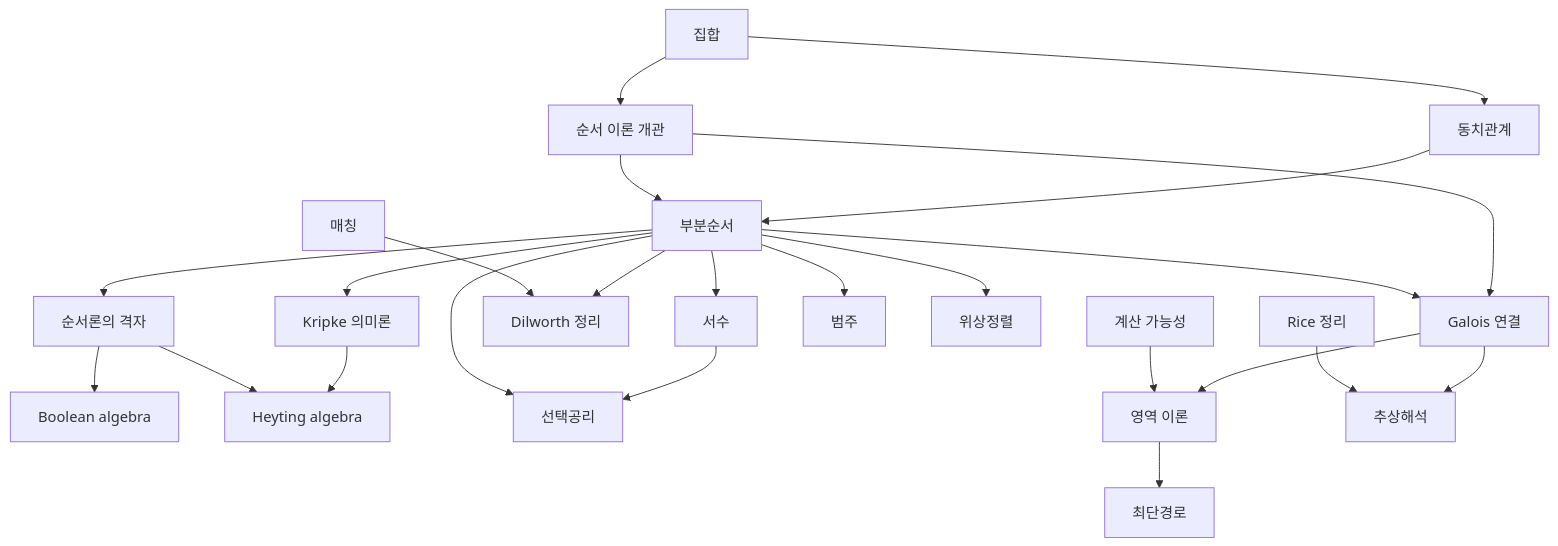
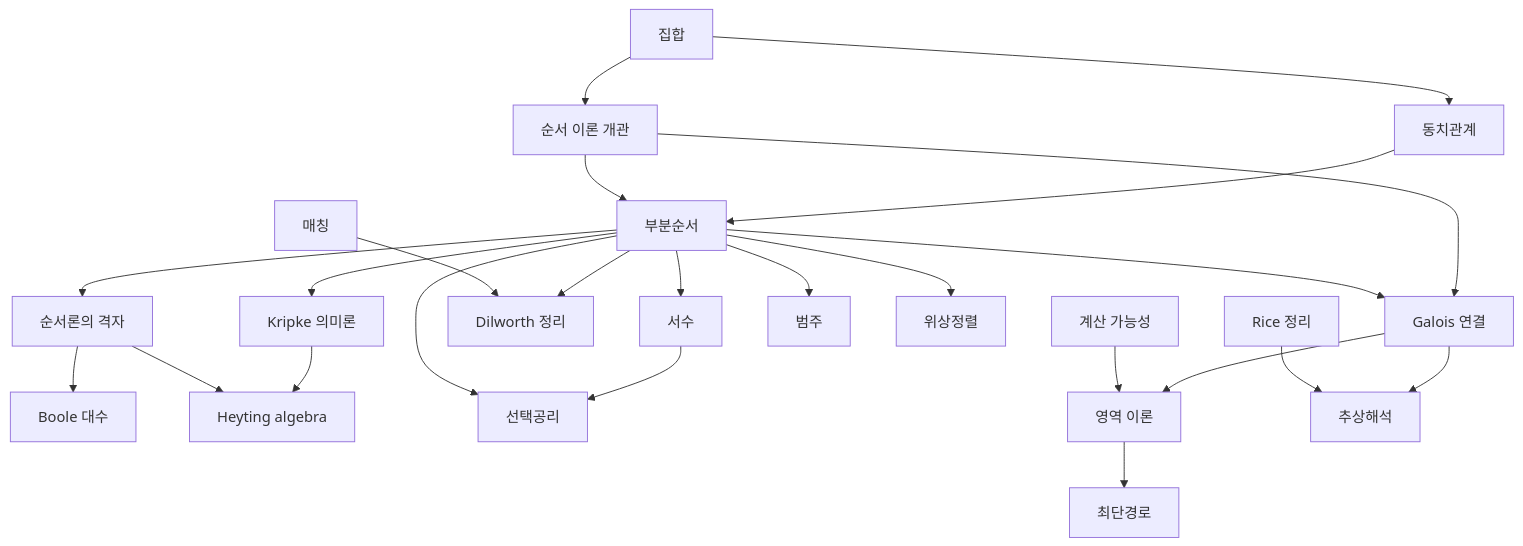
One commit to Phryxia/math-map changed the diagram in docs/order-theory-overview.md. Above: the diagram before and after it, drawn with Mermaid. The commit also changed other lines of this file and 15 other files, not shown here.

````diff
--- a/docs/order-theory-overview.md
+++ b/docs/order-theory-overview.md
@@ -13,26 +13,26 @@
 ```mermaid
 graph TD
   SETS["집합"] --> REL["동치관계"]
   SETS --> OTO["순서 이론 개관"]
   REL --> PO["부분순서"]
   OTO --> PO
   OTO --> GC["Galois 연결"]
   PO --> LAT["순서론의 격자"]
-  LAT --> BA["Boolean algebra"]
+  LAT --> BA["Boole 대수"]
   PO --> KS["Kripke 의미론"]
   KS --> HA["Heyting algebra"]
   LAT --> HA
   PO --> GC
   PO --> DW["Dilworth 정리"]
   PO --> ORD["서수"]
   ORD --> AC["선택공리"]
   PO --> AC
   PO --> CAT["범주"]
   PO --> TS["위상정렬"]
   MAT["매칭"] --> DW
   GC --> DT["영역 이론"]
   GC --> AI["추상해석"]
   COMP["계산 가능성"] --> DT
   RICE["Rice 정리"] --> AI
   DT --> SP["최단경로"]
 ```
````
